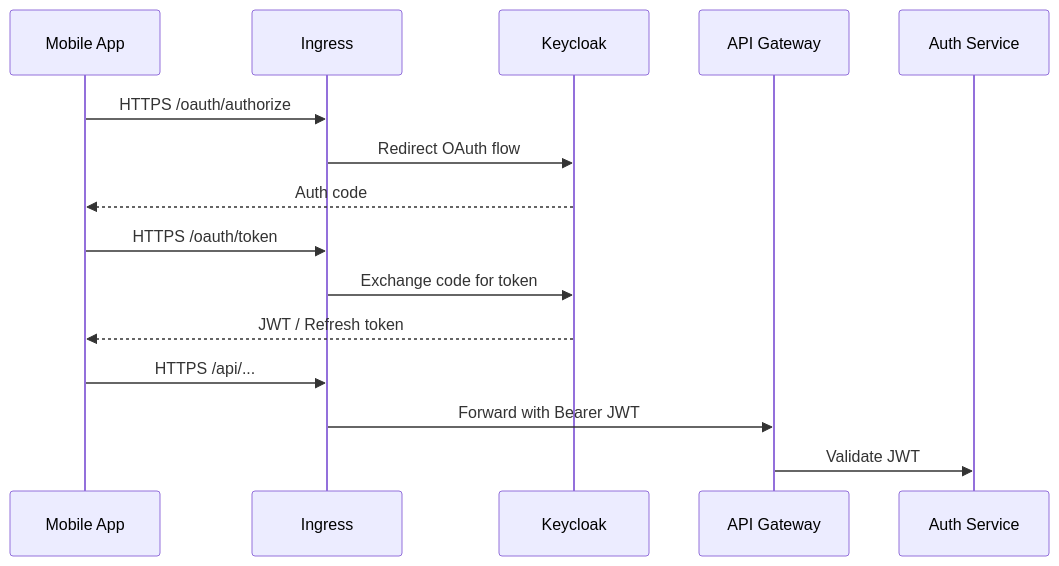
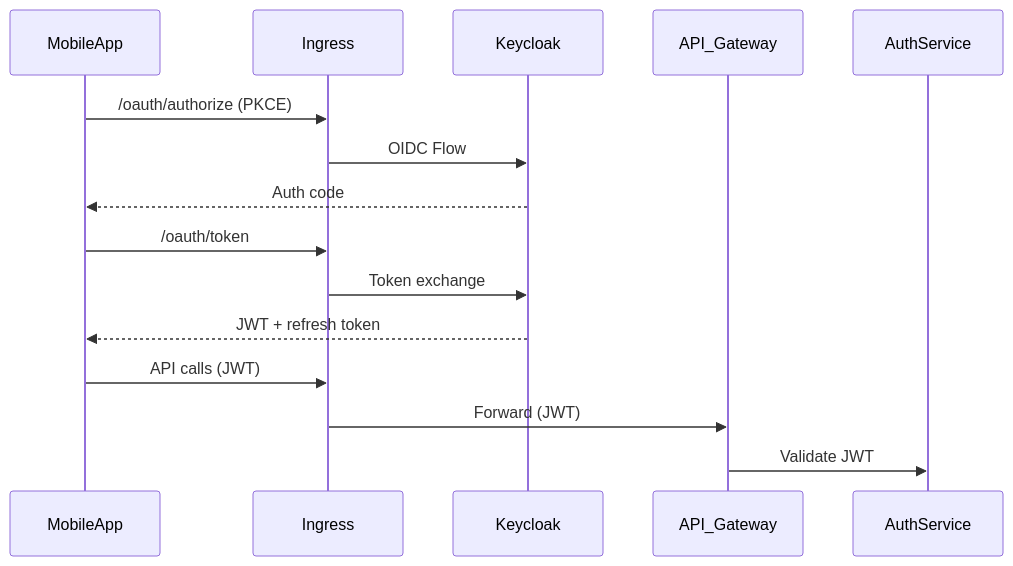
Before and after one commit to Razano26/Beep-TAD.AM: the second of 2 diagrams in vue-technique/04-securite.adoc, drawn with Mermaid. The commit also changed other lines of this file and 5 other files, not shown here.

Commit message:
feat: Update technical documentation for Beep application, enhancing sections on architecture, observability, security, search integration, UI integration, and production management for improved clarity and detail

```diff
--- a/vue-technique/04-securite.adoc
+++ b/vue-technique/04-securite.adoc
@@ -54,20 +101,20 @@
 [mermaid]
 ----
 sequenceDiagram
-    participant Mobile App
+    participant MobileApp
     participant Ingress
     participant Keycloak
-    participant API Gateway
-    participant Auth Service
+    participant API_Gateway
+    participant AuthService
 
-    Mobile App->>Ingress: HTTPS /oauth/authorize
-    Ingress->>Keycloak: Redirect OAuth flow
-    Keycloak-->>Mobile App: Auth code
-    Mobile App->>Ingress: HTTPS /oauth/token
-    Ingress->>Keycloak: Exchange code for token
-    Keycloak-->>Mobile App: JWT / Refresh token
+    MobileApp->>Ingress: /oauth/authorize (PKCE)
+    Ingress->>Keycloak: OIDC Flow
+    Keycloak-->>MobileApp: Auth code
+    MobileApp->>Ingress: /oauth/token
+    Ingress->>Keycloak: Token exchange
+    Keycloak-->>MobileApp: JWT + refresh token
 
-    Mobile App->>Ingress: HTTPS /api/...
-    Ingress->>API Gateway: Forward with Bearer JWT
-    API Gateway->>Auth Service: Validate JWT
+    MobileApp->>Ingress: API calls (JWT)
+    Ingress->>API_Gateway: Forward (JWT)
+    API_Gateway->>AuthService: Validate JWT
 ----
```
